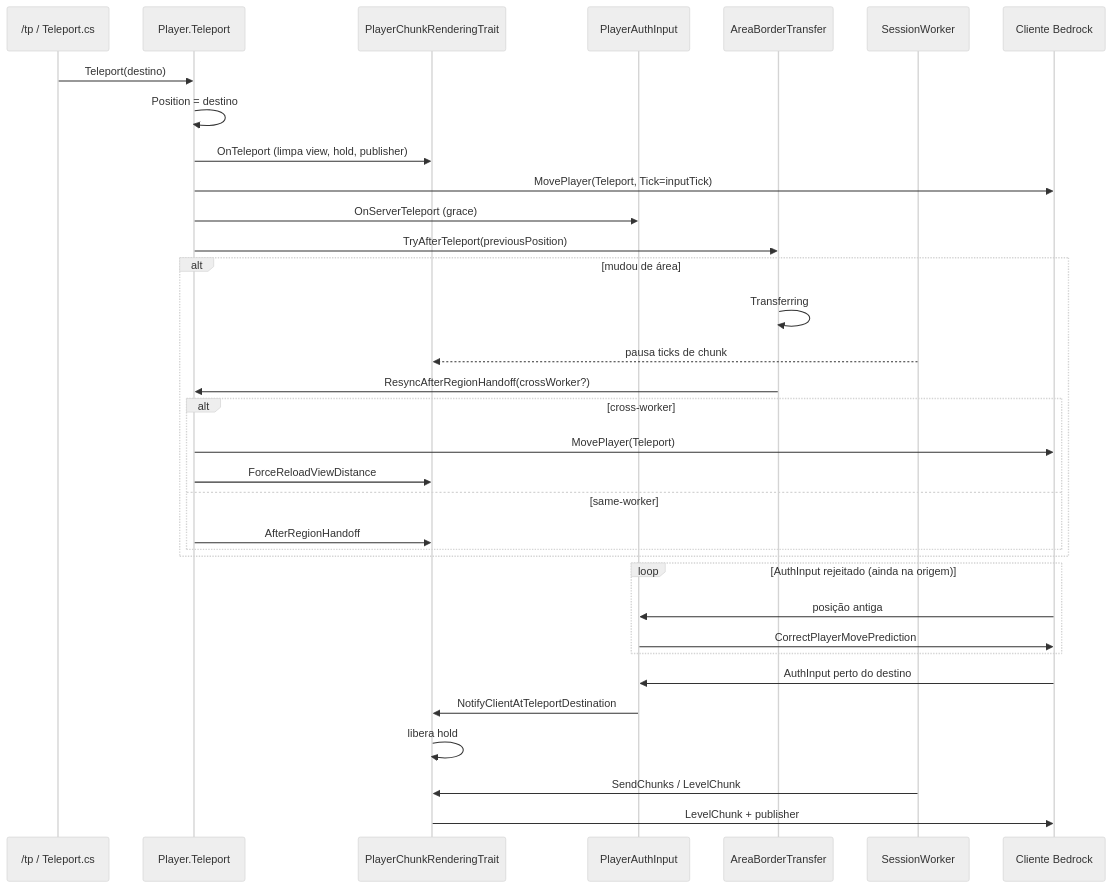
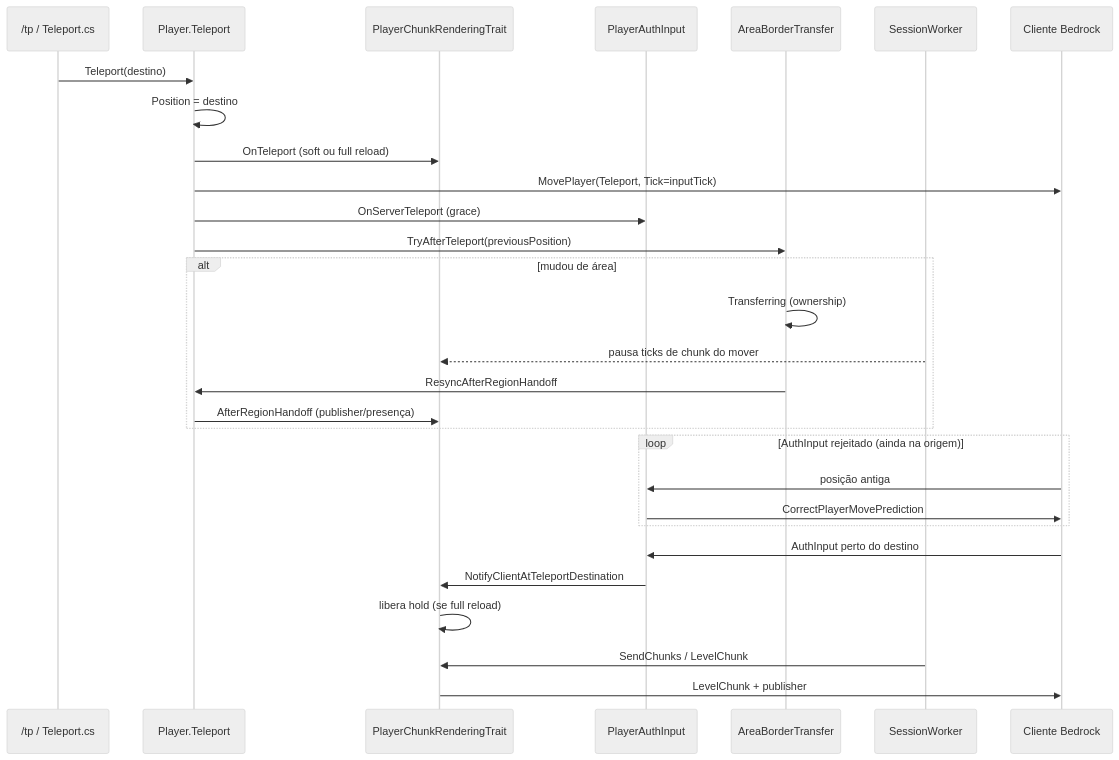
Before and after one commit to yPerfectBR/OrionServerBE: the diagram in docs/pt_br/teleport.md, drawn with Mermaid (neutral theme). The commit also changed other lines of this file and 1 other file, not shown here.

First line of the commit message:
docs(teleport): rewrite flow for soft handoff and peer visibility

````diff
--- a/docs/pt_br/teleport.md
+++ b/docs/pt_br/teleport.md
@@ -17,37 +17,32 @@
 ```mermaid
 sequenceDiagram
     participant Cmd as /tp / Teleport.cs
     participant P as Player.Teleport
     participant Trait as PlayerChunkRenderingTrait
     participant Auth as PlayerAuthInput
     participant Area as AreaBorderTransfer
     participant Sess as SessionWorker
     participant C as Cliente Bedrock
 
     Cmd->>P: Teleport(destino)
     P->>P: Position = destino
-    P->>Trait: OnTeleport (limpa view, hold, publisher)
+    P->>Trait: OnTeleport (soft ou full reload)
     P->>C: MovePlayer(Teleport, Tick=inputTick)
     P->>Auth: OnServerTeleport (grace)
     P->>Area: TryAfterTeleport(previousPosition)
     alt mudou de área
-        Area->>Area: Transferring
-        Sess-->>Trait: pausa ticks de chunk
-        Area->>P: ResyncAfterRegionHandoff(crossWorker?)
-        alt cross-worker
-            P->>C: MovePlayer(Teleport)
-            P->>Trait: ForceReloadViewDistance
-        else same-worker
-            P->>Trait: AfterRegionHandoff
-        end
+        Area->>Area: Transferring (ownership)
+        Sess-->>Trait: pausa ticks de chunk do mover
+        Area->>P: ResyncAfterRegionHandoff
+        P->>Trait: AfterRegionHandoff (publisher/presença)
     end
     loop AuthInput rejeitado (ainda na origem)
         C->>Auth: posição antiga
         Auth->>C: CorrectPlayerMovePrediction
     end
     C->>Auth: AuthInput perto do destino
     Auth->>Trait: NotifyClientAtTeleportDestination
-    Trait->>Trait: libera hold
+    Trait->>Trait: libera hold (se full reload)
     Sess->>Trait: SendChunks / LevelChunk
     Trait->>C: LevelChunk + publisher
 ```
````
